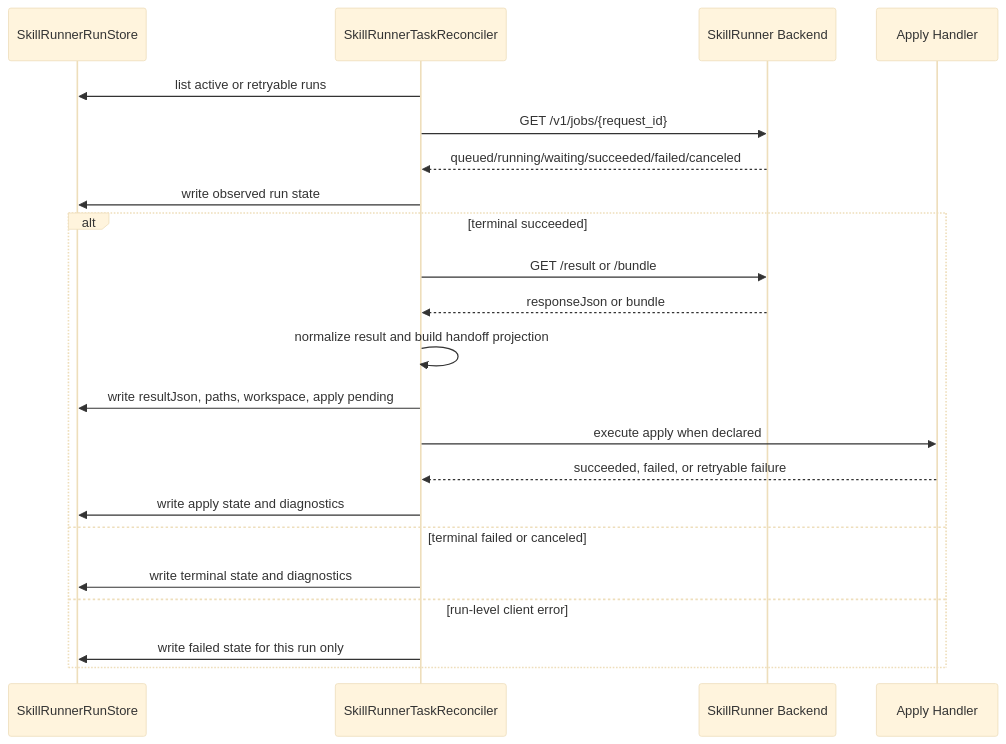
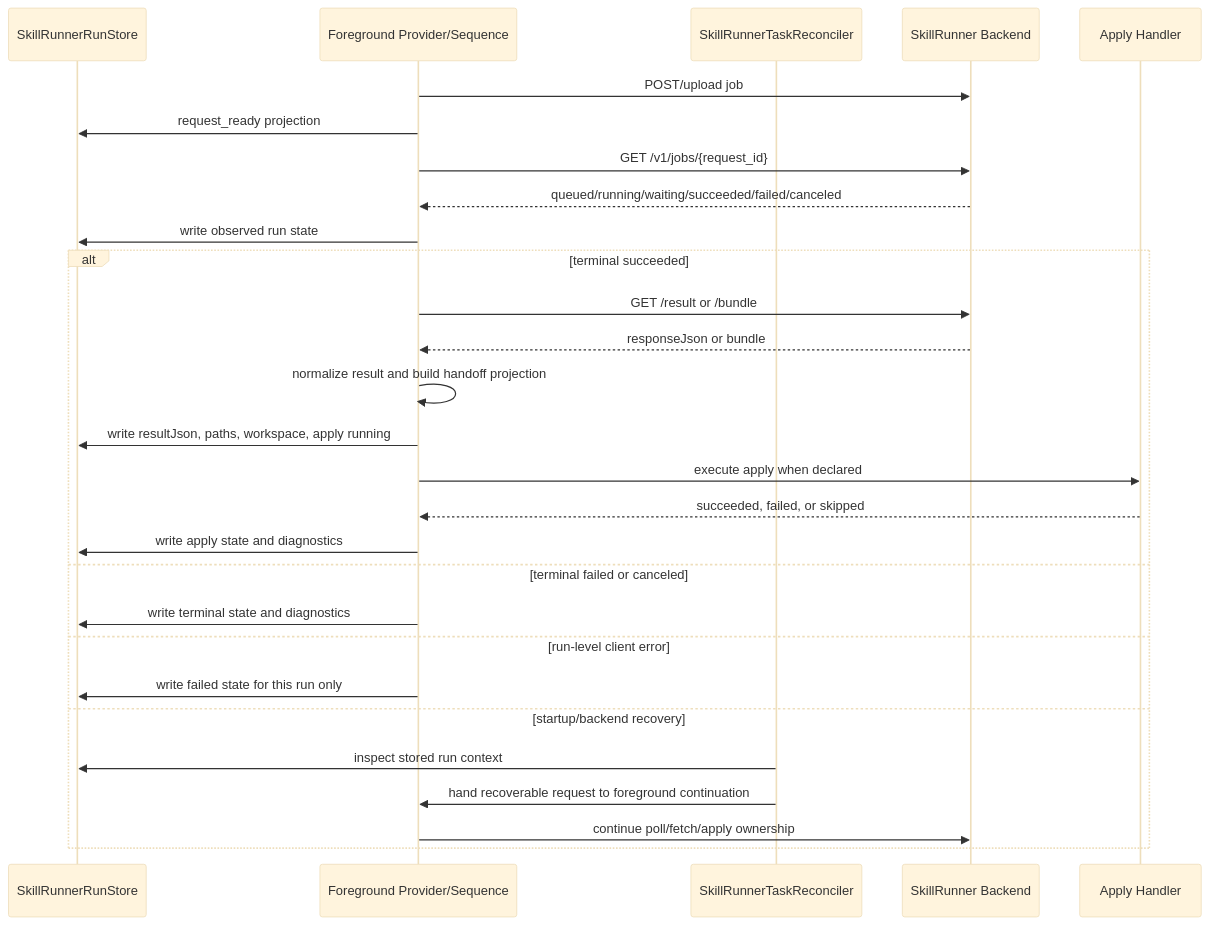
One commit to leike0813/zotero-agents changed the third of 5 diagrams in doc/components/skillrunner-provider-state-machine-ssot.md. Above: the diagram before and after it, drawn with Mermaid (base theme). The commit also changed other lines of this file and 192 other files, not shown here.

Commit message:
Migrate skillrunner foreground apply & Split synthesis runtime DB & Tweak skillrunner UI behaviour. (Failure-recovery reconcile not functional)

````diff
--- a/doc/components/skillrunner-provider-state-machine-ssot.md
+++ b/doc/components/skillrunner-provider-state-machine-ssot.md
@@ -128,26 +141,32 @@
 ```mermaid
 sequenceDiagram
   participant Store as SkillRunnerRunStore
+  participant F as Foreground Provider/Sequence
   participant R as SkillRunnerTaskReconciler
   participant B as SkillRunner Backend
   participant A as Apply Handler
 
-  R->>Store: list active or retryable runs
-  R->>B: GET /v1/jobs/{request_id}
-  B-->>R: queued/running/waiting/succeeded/failed/canceled
-  R->>Store: write observed run state
+  F->>B: POST/upload job
+  F->>Store: request_ready projection
+  F->>B: GET /v1/jobs/{request_id}
+  B-->>F: queued/running/waiting/succeeded/failed/canceled
+  F->>Store: write observed run state
 
   alt terminal succeeded
-    R->>B: GET /result or /bundle
-    B-->>R: responseJson or bundle
-    R->>R: normalize result and build handoff projection
-    R->>Store: write resultJson, paths, workspace, apply pending
-    R->>A: execute apply when declared
-    A-->>R: succeeded, failed, or retryable failure
-    R->>Store: write apply state and diagnostics
+    F->>B: GET /result or /bundle
+    B-->>F: responseJson or bundle
+    F->>F: normalize result and build handoff projection
+    F->>Store: write resultJson, paths, workspace, apply running
+    F->>A: execute apply when declared
+    A-->>F: succeeded, failed, or skipped
+    F->>Store: write apply state and diagnostics
   else terminal failed or canceled
-    R->>Store: write terminal state and diagnostics
+    F->>Store: write terminal state and diagnostics
   else run-level client error
-    R->>Store: write failed state for this run only
+    F->>Store: write failed state for this run only
+  else startup/backend recovery
+    R->>Store: inspect stored run context
+    R->>F: hand recoverable request to foreground continuation
+    F->>B: continue poll/fetch/apply ownership
   end
 ```
````
